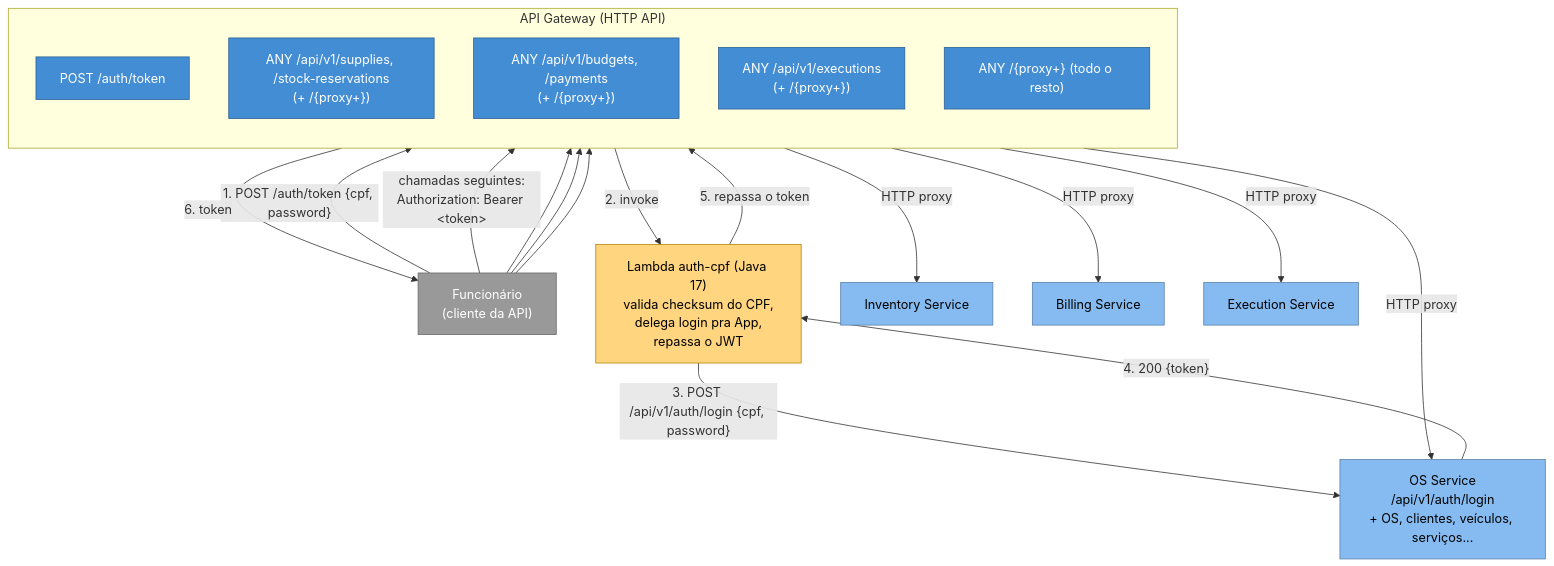
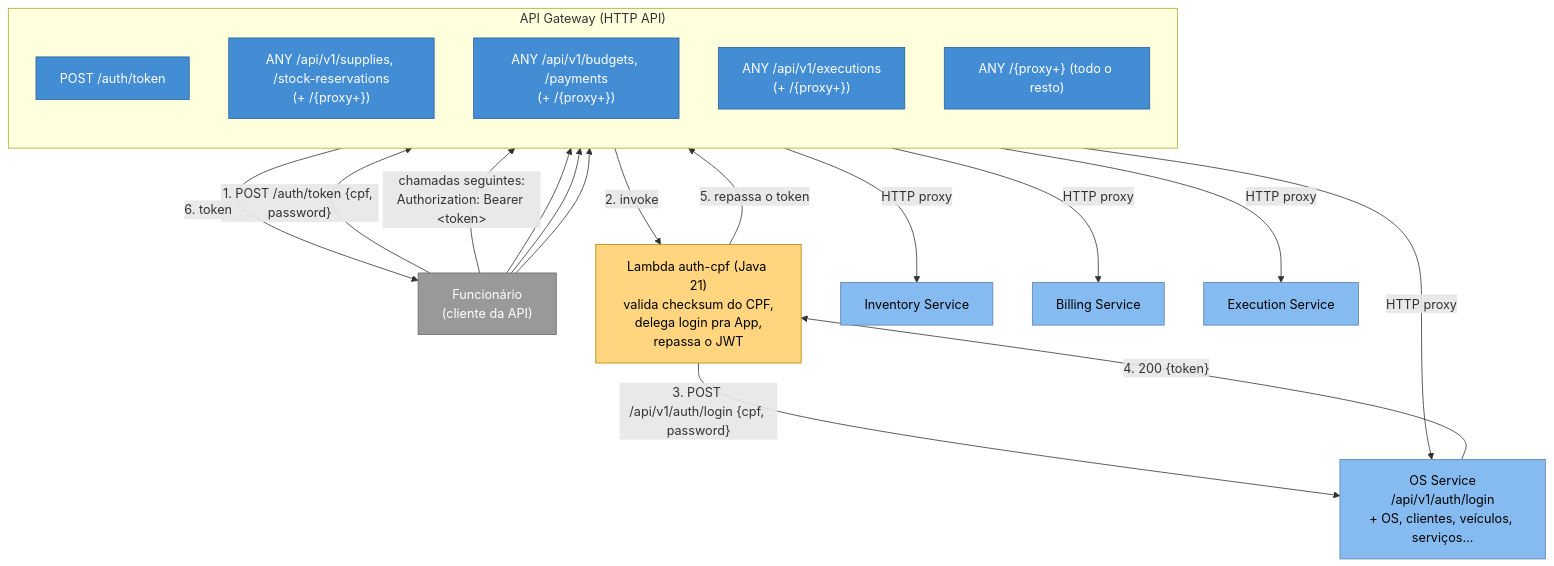
The diagram in README.md (Adriana-Meyer/fiap-tech-challenge-API-gateway-function-serverless), drawn with Mermaid before and after one commit. The commit also changed other lines of this file and 4 other files, not shown here.

Commit message:
build: move the auth Lambda to Java 21 (pom, runtime, workflows and README) (#10)

````diff
--- a/README.md
+++ b/README.md
@@ -17,41 +17,41 @@
 ```mermaid
 flowchart TB
     classDef ext fill:#999999,stroke:#6b6b6b,color:#fff
     classDef gw fill:#438dd5,stroke:#2e6295,color:#fff
     classDef lambda fill:#ffd580,stroke:#b38600,color:#000
     classDef app fill:#85bbf0,stroke:#5d82a8,color:#000
 
     Client["Funcionário<br/>(cliente da API)"]:::ext
 
     subgraph APIGW["API Gateway (HTTP API)"]
         direction TB
         RouteAuth["POST /auth/token"]:::gw
         RouteInv["ANY /api/v1/supplies, /stock-reservations<br/>(+ /{proxy+})"]:::gw
         RouteBil["ANY /api/v1/budgets, /payments<br/>(+ /{proxy+})"]:::gw
         RouteExe["ANY /api/v1/executions<br/>(+ /{proxy+})"]:::gw
         RouteProxy["ANY /{proxy+} (todo o resto)"]:::gw
     end
 
-    Lambda["Lambda auth-cpf (Java 17)<br/>valida checksum do CPF,<br/>delega login pra App,<br/>repassa o JWT"]:::lambda
+    Lambda["Lambda auth-cpf (Java 21)<br/>valida checksum do CPF,<br/>delega login pra App,<br/>repassa o JWT"]:::lambda
 
     App["OS Service<br/>/api/v1/auth/login<br/>+ OS, clientes, veículos, serviços..."]:::app
     Inv["Inventory Service"]:::app
     Bil["Billing Service"]:::app
     Exe["Execution Service"]:::app
 
     Client -- "1. POST /auth/token {cpf, password}" --> RouteAuth
     RouteAuth -- "2. invoke" --> Lambda
     Lambda -- "3. POST /api/v1/auth/login {cpf, password}" --> App
     App -- "4. 200 {token}" --> Lambda
     Lambda -- "5. repassa o token" --> RouteAuth
     RouteAuth -- "6. token" --> Client
 
     Client -- "chamadas seguintes:<br/>Authorization: Bearer &lt;token&gt;" --> RouteProxy
     Client --> RouteInv
     Client --> RouteBil
     Client --> RouteExe
     RouteProxy -- "HTTP proxy" --> App
     RouteInv -- "HTTP proxy" --> Inv
     RouteBil -- "HTTP proxy" --> Bil
     RouteExe -- "HTTP proxy" --> Exe
 ```
````
